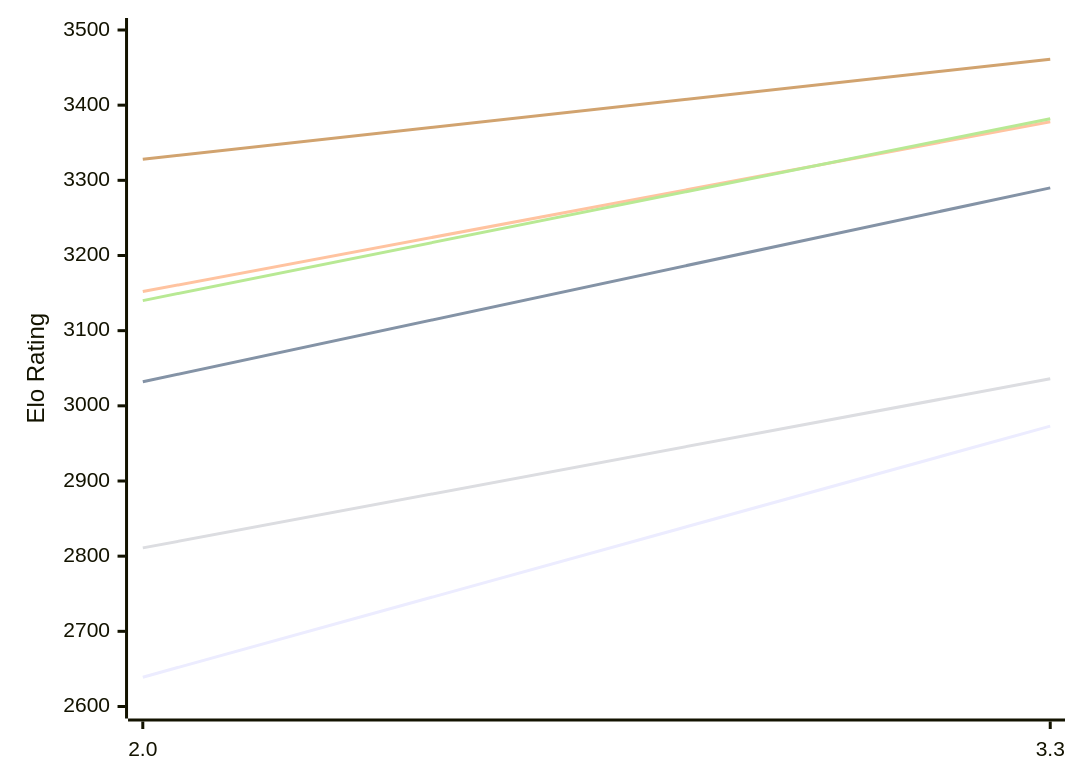
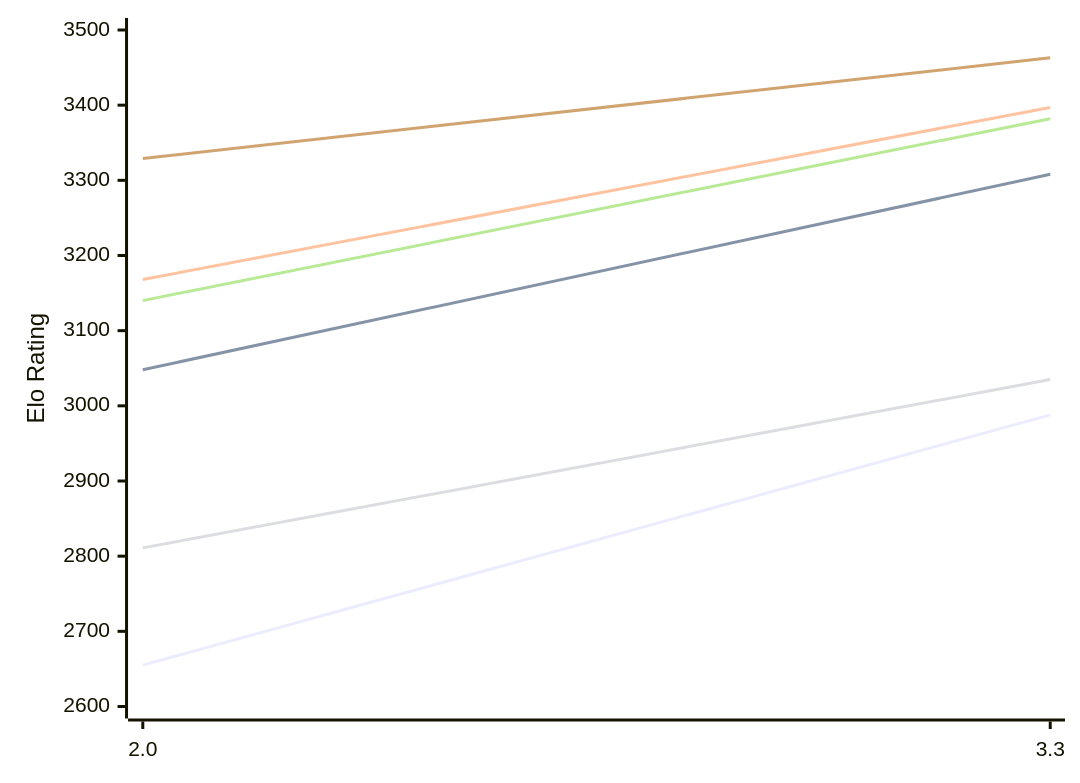
One commit to computer-chess-index/cci changed the first of 2 diagrams in engines/Ceylondemon.md. Above: the diagram before and after it, drawn with Mermaid. The commit also changed other lines of this file, not shown here.

Commit message:
Update CCI Ratings (ELO VLTC) - 2026-11-11

````diff
--- a/engines/Ceylondemon.md
+++ b/engines/Ceylondemon.md
@@ -50,12 +50,12 @@
 ```mermaid
 %%{init: {"theme":"base","themeVariables":{"seriesColors:['#a3a3a3','#222221','#faa371']}}}%%
 xychart-beta
   x-axis ["2.0", "3.3"]
   y-axis "Elo Rating" 2600 --> 3500
-  line "E1: STC (8.0+0.08s)" [2639, 2973]
-  line "E1: LTC (60.0+0.60s)" [3032, 3290]
-  line "E1: VLTC (2m24s+1.12s)" [3152, 3378]
-  line "P1: STC (8.0+0.08s)" [2811, 3036]
+  line "E1: STC (8.0+0.08s)" [2655, 2988]
+  line "E1: LTC (60.0+0.60s)" [3048, 3308]
+  line "E1: VLTC (2m24s+1.12s)" [3168, 3397]
+  line "P1: STC (8.0+0.08s)" [2811, 3035]
   line "P1: LTC (60.0+0.60s)" [3140, 3382]
-  line "P1: VLTC (2m24s+1.12s)" [3328, 3461]
+  line "P1: VLTC (2m24s+1.12s)" [3329, 3463]
 ```
````
